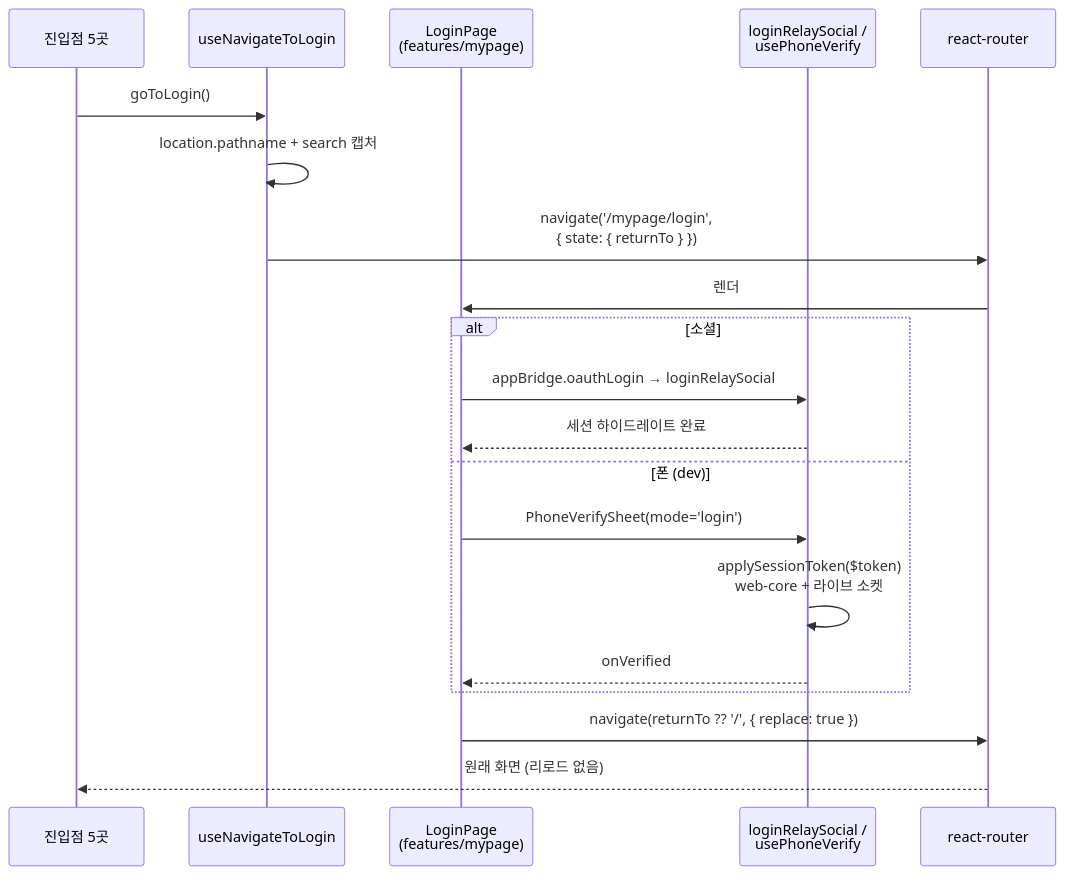
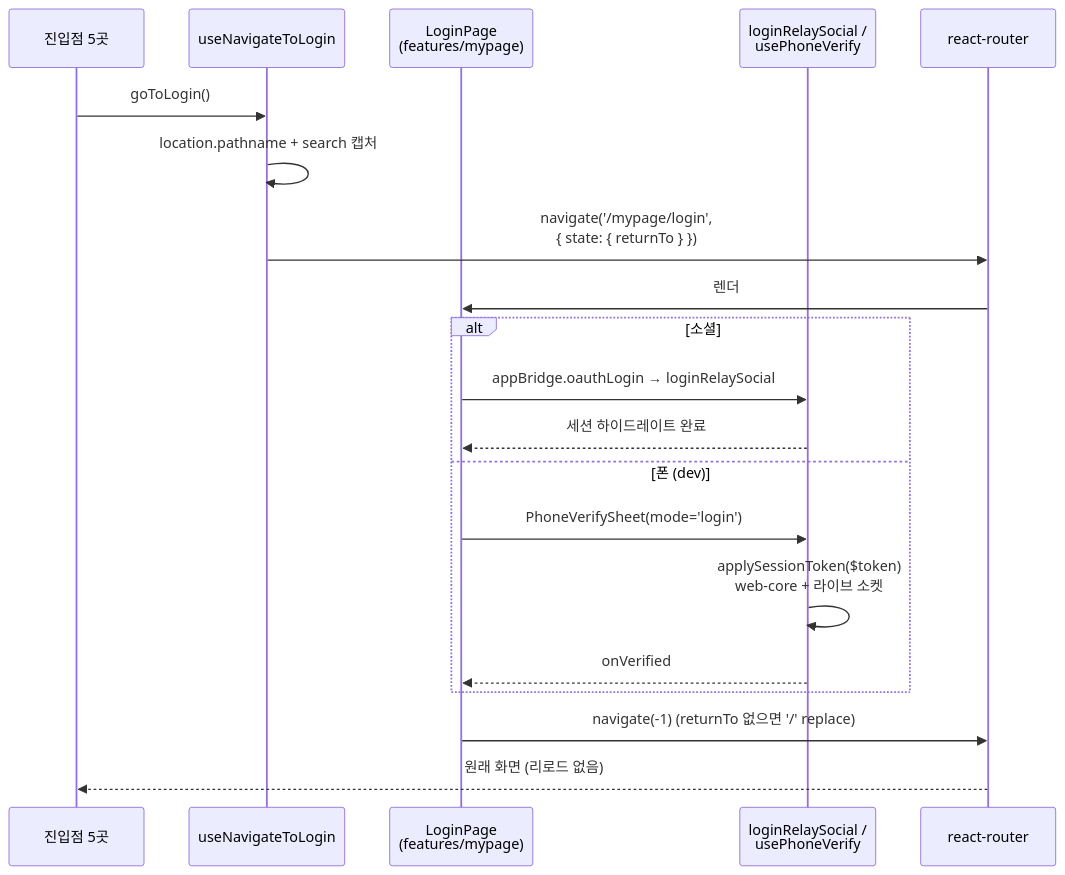
One commit to lemoncloud-io/dou-app changed the fourth of 4 diagrams in apps/web/docs/feature/auth/login-return.md. Above: the diagram before and after it, drawn with Mermaid. The commit also changed other lines of this file and 6 other files, not shown here.

````diff
--- a/apps/web/docs/feature/auth/login-return.md
+++ b/apps/web/docs/feature/auth/login-return.md
@@ -168,25 +173,25 @@
 ```mermaid
 sequenceDiagram
     participant Entry as 진입점 5곳
     participant Hook as useNavigateToLogin
     participant Login as LoginPage<br/>(features/mypage)
     participant Auth as loginRelaySocial /<br/>usePhoneVerify
     participant Router as react-router
 
     Entry->>Hook: goToLogin()
     Hook->>Hook: location.pathname + search 캡처
     Hook->>Router: navigate('/mypage/login',<br/>{ state: { returnTo } })
     Router->>Login: 렌더
 
     alt 소셜
         Login->>Auth: appBridge.oauthLogin → loginRelaySocial
         Auth-->>Login: 세션 하이드레이트 완료
     else 폰 (dev)
         Login->>Auth: PhoneVerifySheet(mode='login')
         Auth->>Auth: applySessionToken($token)<br/>web-core + 라이브 소켓
         Auth-->>Login: onVerified
     end
 
-    Login->>Router: navigate(returnTo ?? '/', { replace: true })
+    Login->>Router: navigate(-1)  (returnTo 없으면 '/' replace)
     Router-->>Entry: 원래 화면 (리로드 없음)
 ```
````
